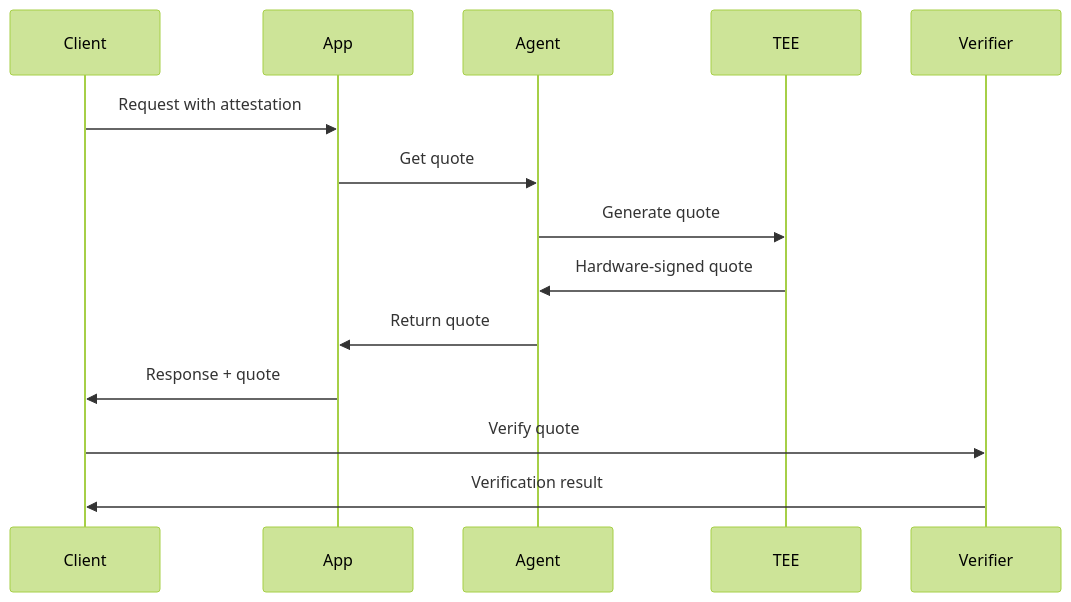
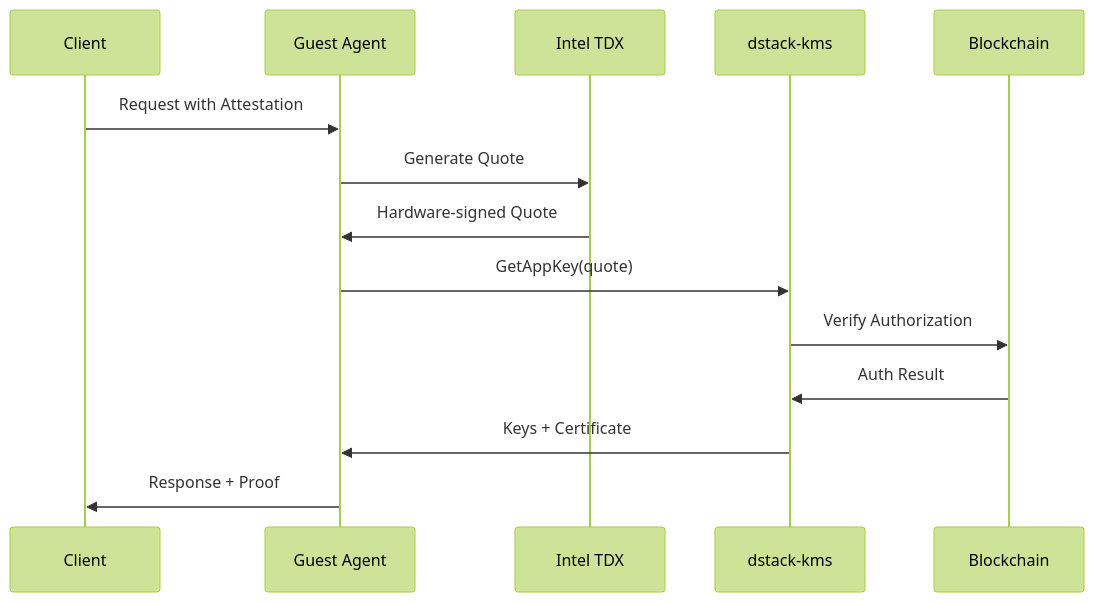
One commit to Dstack-TEE/dstack changed the eighth of 13 diagrams in docs/concepts/architecture.mdx. Above: the diagram before and after it, drawn with Mermaid (forest theme). The commit also changed other lines of this file and 32 other files, not shown here.

````diff
--- a/docs/concepts/architecture.mdx
+++ b/docs/concepts/architecture.mdx
@@ -292,17 +424,17 @@
-```mermaid
+```mermaid  
 sequenceDiagram
     participant Client
-    participant App
-    participant Agent
-    participant TEE
-    participant Verifier
-    
-    Client->>App: Request with attestation
-    App->>Agent: Get quote
-    Agent->>TEE: Generate quote
-    TEE->>Agent: Hardware-signed quote
-    Agent->>App: Return quote
-    App->>Client: Response + quote
-    Client->>Verifier: Verify quote
-    Verifier->>Client: Verification result
+    participant GA as Guest Agent
+    participant TDX as Intel TDX
+    participant KMS as dstack-kms
+    participant BC as Blockchain
+
+    Client->>GA: Request with Attestation
+    GA->>TDX: Generate Quote
+    TDX->>GA: Hardware-signed Quote
+    GA->>KMS: GetAppKey(quote)
+    KMS->>BC: Verify Authorization
+    BC->>KMS: Auth Result
+    KMS->>GA: Keys + Certificate
+    GA->>Client: Response + Proof
 ```
````
